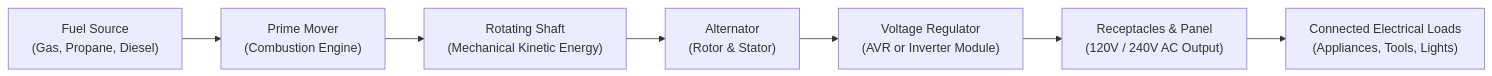
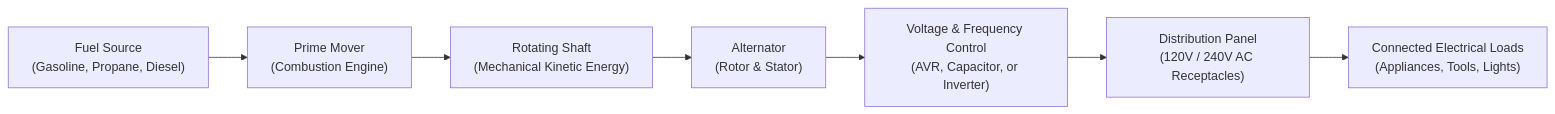
The first of 8 diagrams in content-drafts/how-does-a-generator-work.md (calcmypowerharis-app/kr), drawn with Mermaid before and after one commit. The commit also changed other lines of this file, not shown here.

````diff
--- a/content-drafts/how-does-a-generator-work.md
+++ b/content-drafts/how-does-a-generator-work.md
@@ -35,9 +35,9 @@
 ```mermaid
 flowchart LR
-    A["Fuel Source<br>(Gas, Propane, Diesel)"] --> B["Prime Mover<br>(Combustion Engine)"]
+    A["Fuel Source<br>(Gasoline, Propane, Diesel)"] --> B["Prime Mover<br>(Combustion Engine)"]
     B --> C["Rotating Shaft<br>(Mechanical Kinetic Energy)"]
     C --> D["Alternator<br>(Rotor & Stator)"]
-    D --> E["Voltage Regulator<br>(AVR or Inverter Module)"]
-    E --> F["Receptacles & Panel<br>(120V / 240V AC Output)"]
+    D --> E["Voltage & Frequency Control<br>(AVR, Capacitor, or Inverter)"]
+    E --> F["Distribution Panel<br>(120V / 240V AC Receptacles)"]
     F --> G["Connected Electrical Loads<br>(Appliances, Tools, Lights)"]
 ```
````
